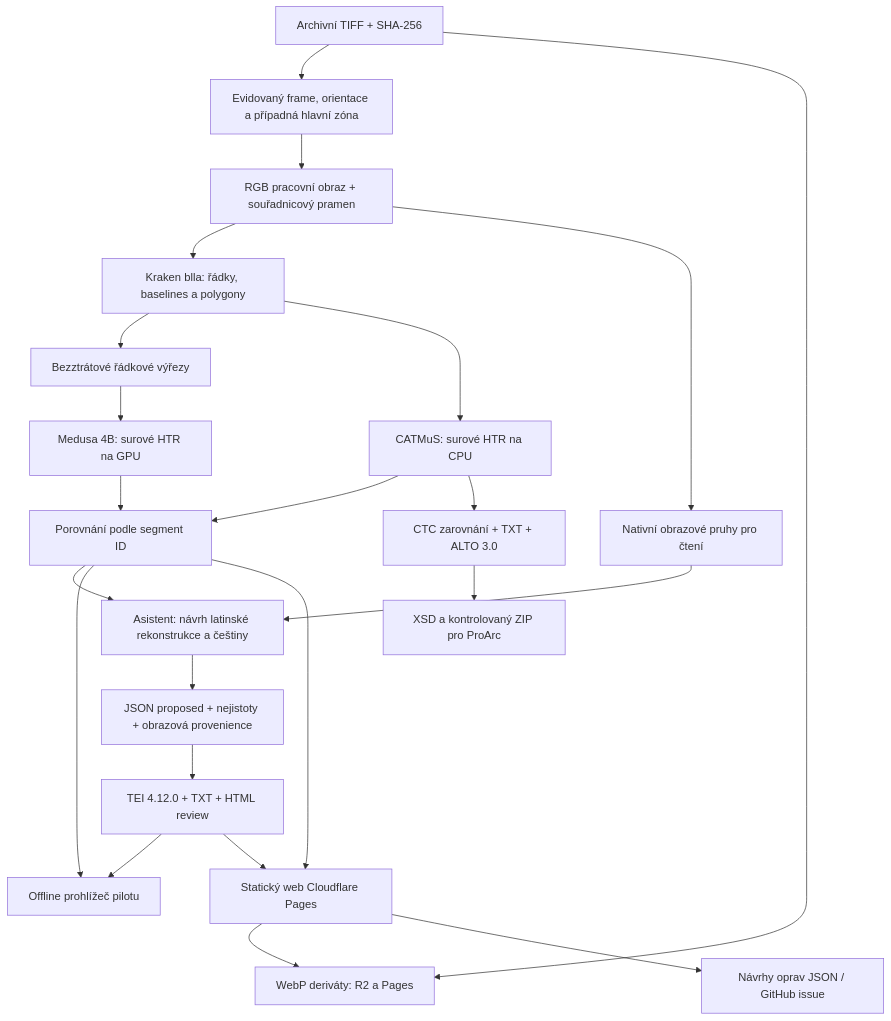
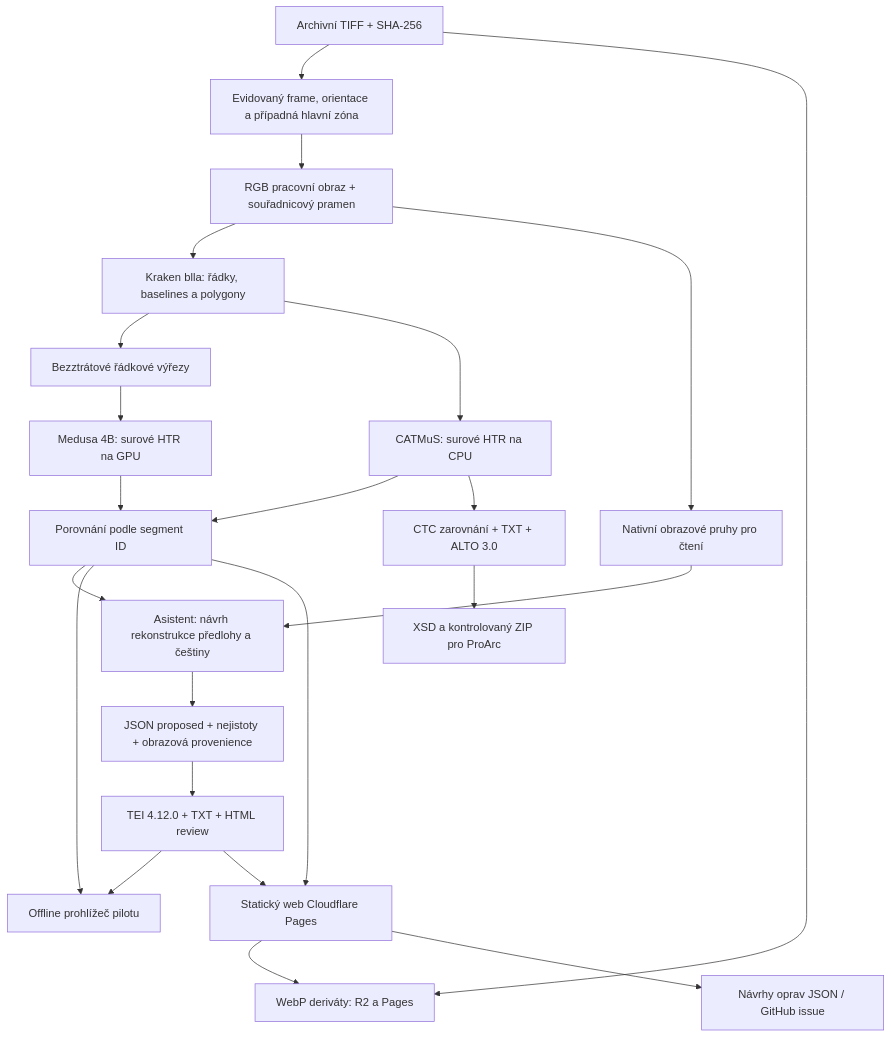
Before and after one commit to bezverec/manuscripty: the diagram in docs/architecture.md, drawn with Mermaid. The commit also changed other lines of this file and 10 other files, not shown here.

```diff
--- a/docs/architecture.md
+++ b/docs/architecture.md
@@ -5,25 +5,25 @@
 ~~~mermaid
 flowchart TD
   A[Archivní TIFF + SHA-256] --> B[Evidovaný frame, orientace a případná hlavní zóna]
   B --> C[RGB pracovní obraz + souřadnicový pramen]
   C --> D[Kraken blla: řádky, baselines a polygony]
   D --> E[Bezztrátové řádkové výřezy]
   D --> F[CATMuS: surové HTR na CPU]
   E --> G[Medusa 4B: surové HTR na GPU]
   F --> H[Porovnání podle segment ID]
   G --> H
   C --> I[Nativní obrazové pruhy pro čtení]
-  H --> J[Asistent: návrh latinské rekonstrukce a češtiny]
+  H --> J[Asistent: návrh rekonstrukce předlohy a češtiny]
   I --> J
   J --> K[JSON proposed + nejistoty + obrazová provenience]
   K --> L[TEI 4.12.0 + TXT + HTML review]
   F --> M[CTC zarovnání + TXT + ALTO 3.0]
   M --> N[XSD a kontrolovaný ZIP pro ProArc]
   L --> O[Offline prohlížeč pilotu]
   H --> O
   L --> P[Statický web Cloudflare Pages]
   H --> P
   A --> Q[WebP deriváty: R2 a Pages]
   P --> Q
   P --> S[Návrhy oprav JSON / GitHub issue]
 ~~~
```
